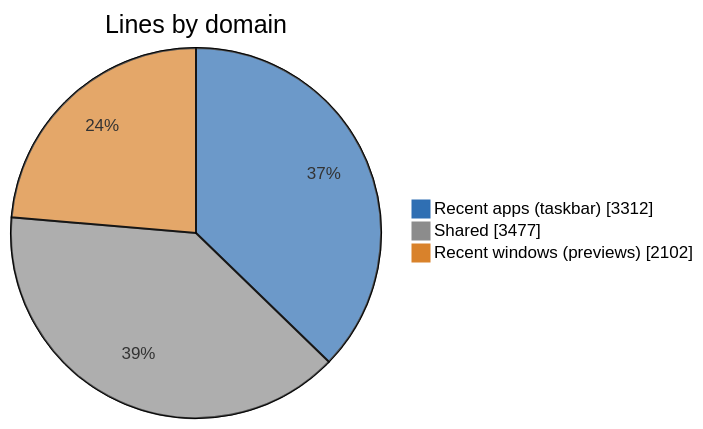
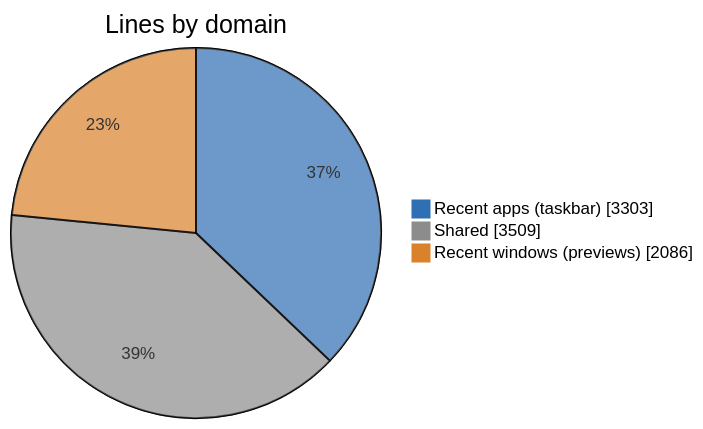
One commit to jvlasek/taskbar-recent-focus-highlight changed the first of 5 diagrams in doc/code/code-breakdown.md. Above: the diagram before and after it, drawn with Mermaid. The commit also changed other lines of this file and 12 other files, not shown here.

````diff
--- a/doc/code/code-breakdown.md
+++ b/doc/code/code-breakdown.md
@@ -15,7 +15,7 @@
 ```mermaid
 %%{init: {"themeVariables": {"pie1": "#2F6FB3", "pie2": "#8C8C8C", "pie3": "#D9822B", "pieOuterStrokeWidth": "1px"}}}%%
 pie showData title Lines by domain
-    "Recent apps (taskbar)" : 3312
-    "Shared" : 3477
-    "Recent windows (previews)" : 2102
+    "Recent apps (taskbar)" : 3303
+    "Shared" : 3509
+    "Recent windows (previews)" : 2086
 ```
````
